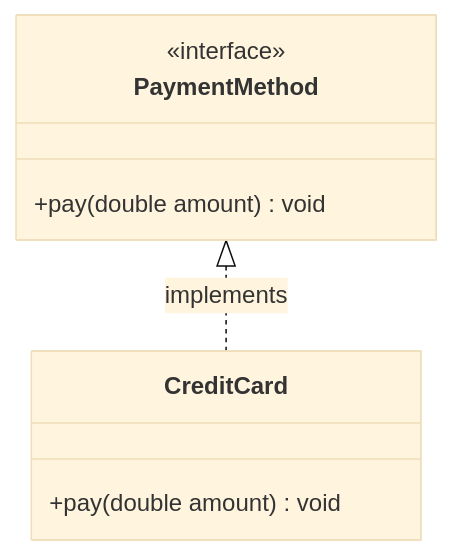
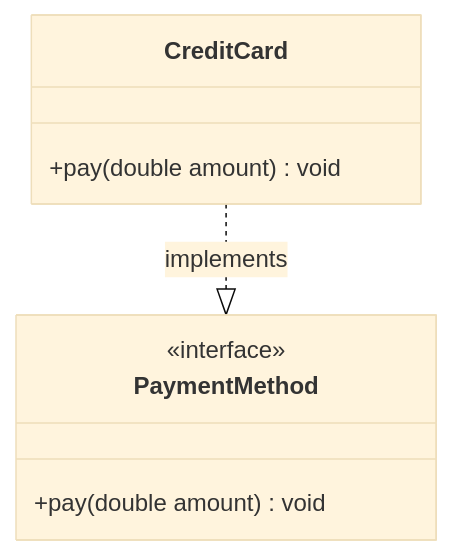
Before and after one commit to someshsangwan/SDE-Vault: the ninth of 12 diagrams in 04_System-Design/LLD/03_UML&ClassDiagrams.md, drawn with Mermaid (base theme). The commit also changed other lines of this file, not shown here.

````diff
--- a/04_System-Design/LLD/03_UML&ClassDiagrams.md
+++ b/04_System-Design/LLD/03_UML&ClassDiagrams.md
@@ -195,11 +195,11 @@
 ```mermaid
 classDiagram
     class PaymentMethod {
         <<interface>>
         +pay(double amount) void
     }
     class CreditCard {
         +pay(double amount) void
     }
-    PaymentMethod <|.. CreditCard : implements
+    CreditCard ..|> PaymentMethod : implements
 ```
````
